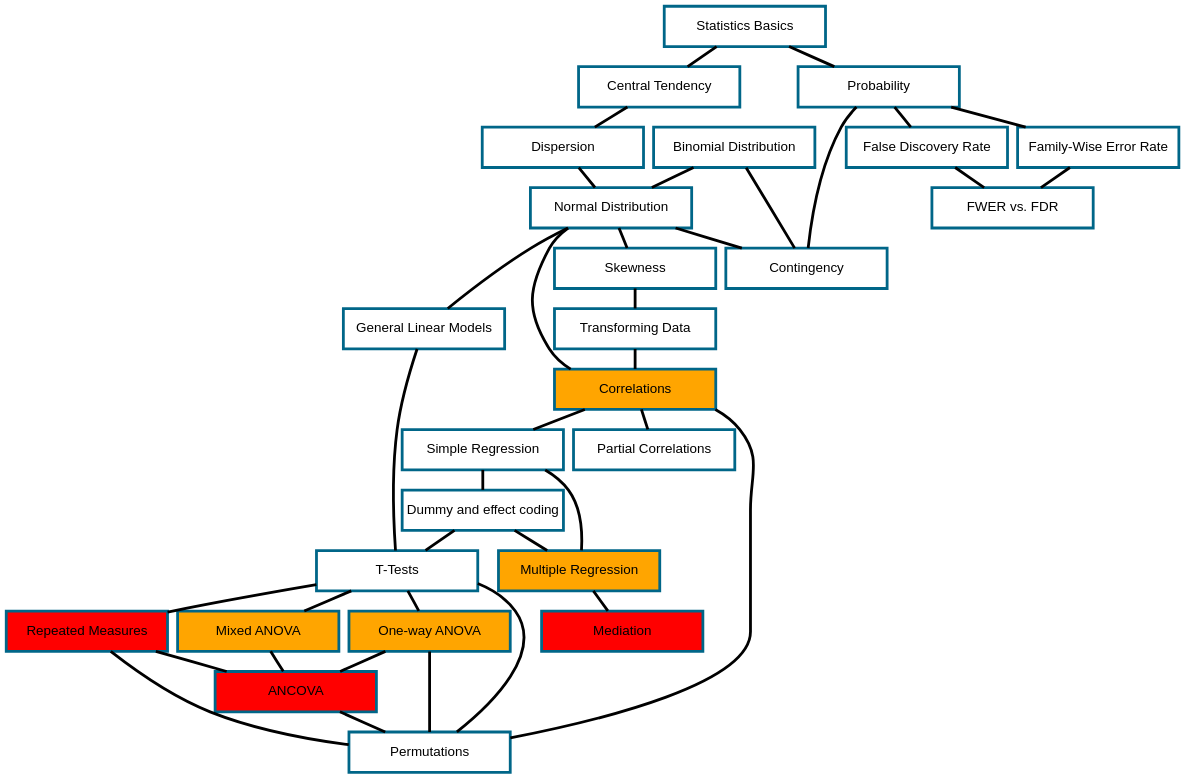
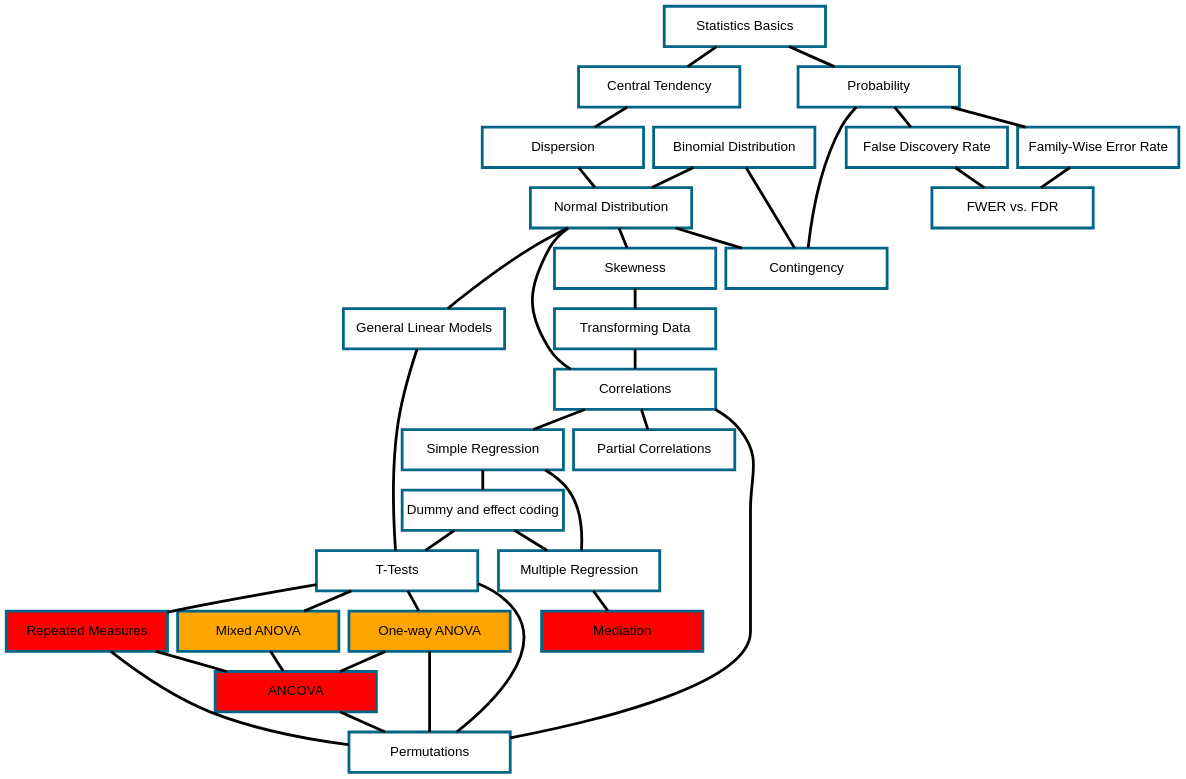
One commit to Reading-Psych/jast changed the diagram in overview.qmd. Above: the diagram before and after it, drawn with Graphviz. The commit also changed 139 other files, not shown here.

```diff
--- a/overview.qmd
+++ b/overview.qmd
@@ -83,9 +83,9 @@
 			label = "Contingency"
 		]
 		correlations[
-		  URL = "../distributions/correlations.html",
+		  URL = "../correlations/correlations.html",
 			fixedsize = true,
-			fillcolor = "orange",
+			fillcolor = "white",
 			label= "Correlations"
 		]
 		dispersion[
@@ -128,7 +128,7 @@
 		multiple_regression[
 		  label     = "Multiple Regression",
 		  URL       = "../regressions/multipleRegressions.html",
-		  fillcolor = "orange"
+		  fillcolor = "white"
 		]
 		normal[
 		  URL = "../distributions/normal.html",
```
